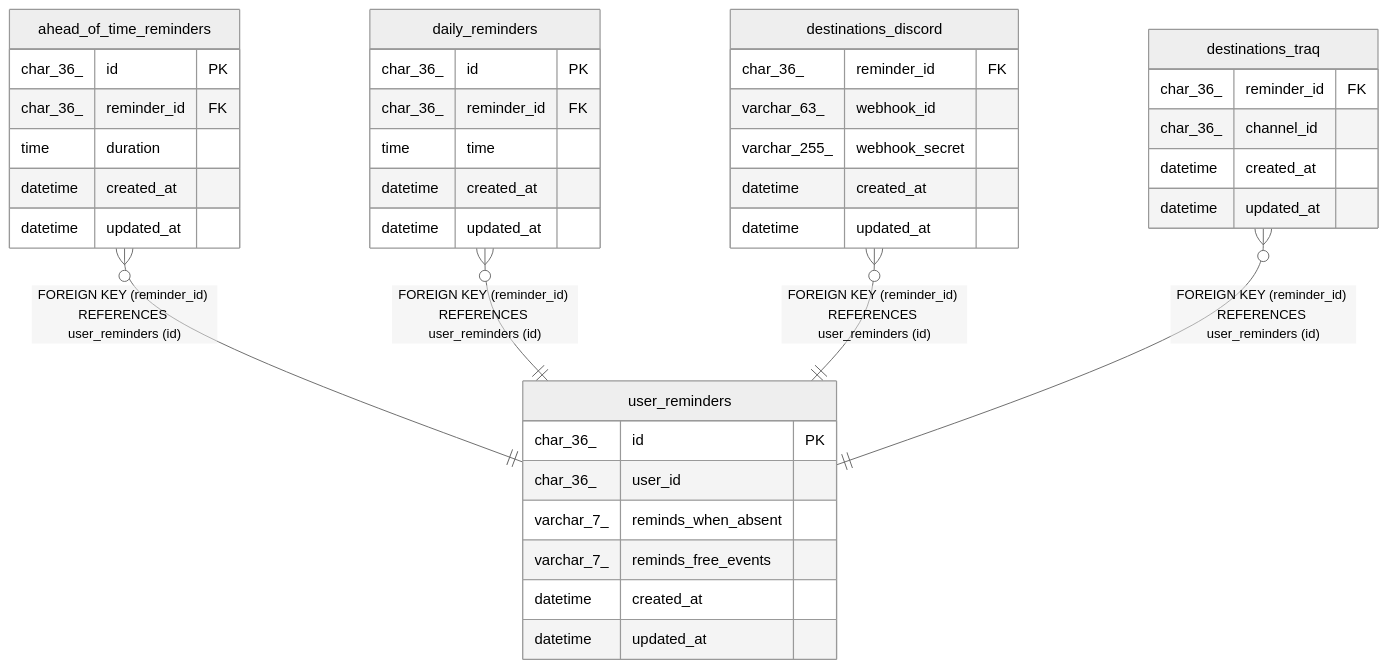
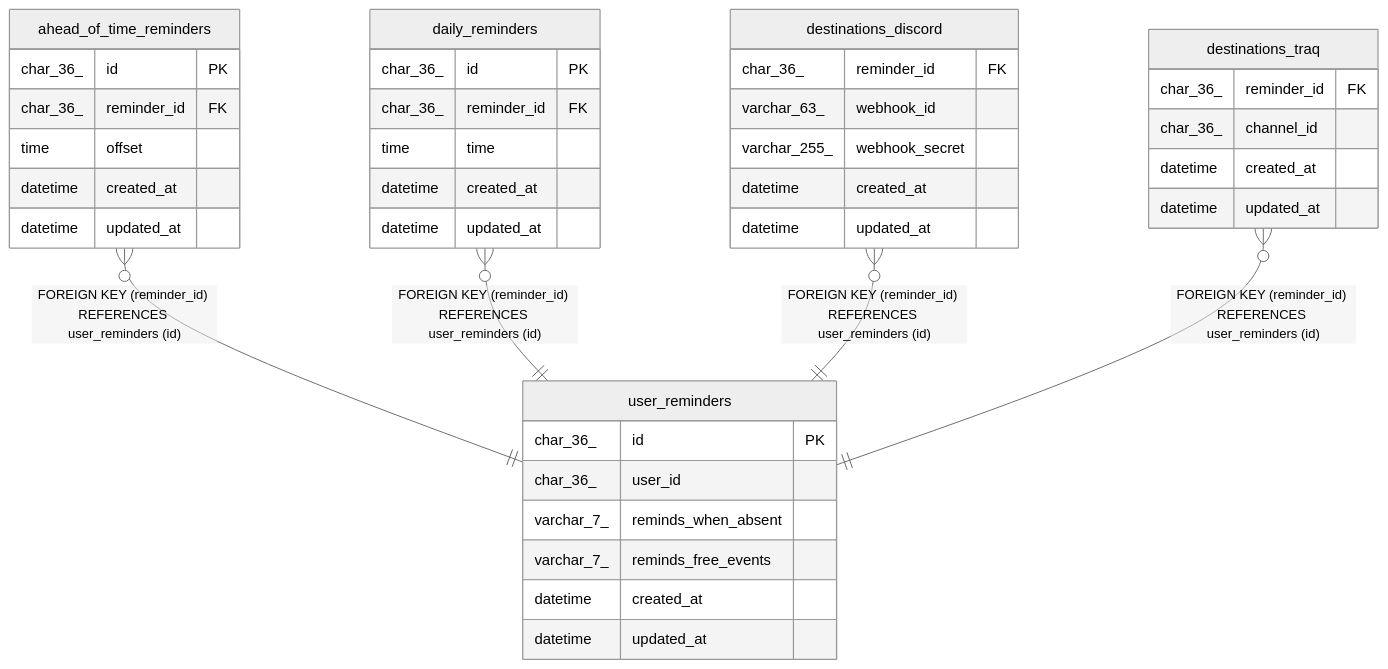
One commit to YuHima03/knoq-reminder changed the diagram in doc/database/README.md. Above: the diagram before and after it, drawn with Mermaid (neutral theme). The commit also changed 8 other files, not shown here.

Commit message:
🗃️ modify db schema

````diff
--- a/doc/database/README.md
+++ b/doc/database/README.md
@@ -15,44 +15,44 @@
 ```mermaid
 erDiagram
 
 "ahead_of_time_reminders" }o--|| "user_reminders" : "FOREIGN KEY (reminder_id) REFERENCES user_reminders (id)"
 "daily_reminders" }o--|| "user_reminders" : "FOREIGN KEY (reminder_id) REFERENCES user_reminders (id)"
 "destinations_discord" }o--|| "user_reminders" : "FOREIGN KEY (reminder_id) REFERENCES user_reminders (id)"
 "destinations_traq" }o--|| "user_reminders" : "FOREIGN KEY (reminder_id) REFERENCES user_reminders (id)"
 
 "ahead_of_time_reminders" {
   char_36_ id PK
   char_36_ reminder_id FK
-  time duration
+  time offset
   datetime created_at
   datetime updated_at
 }
 "daily_reminders" {
   char_36_ id PK
   char_36_ reminder_id FK
   time time
   datetime created_at
   datetime updated_at
 }
 "destinations_discord" {
   char_36_ reminder_id FK
   varchar_63_ webhook_id
   varchar_255_ webhook_secret
   datetime created_at
   datetime updated_at
 }
 "destinations_traq" {
   char_36_ reminder_id FK
   char_36_ channel_id
   datetime created_at
   datetime updated_at
 }
 "user_reminders" {
   char_36_ id PK
   char_36_ user_id
   varchar_7_ reminds_when_absent
   varchar_7_ reminds_free_events
   datetime created_at
   datetime updated_at
 }
 ```
````
